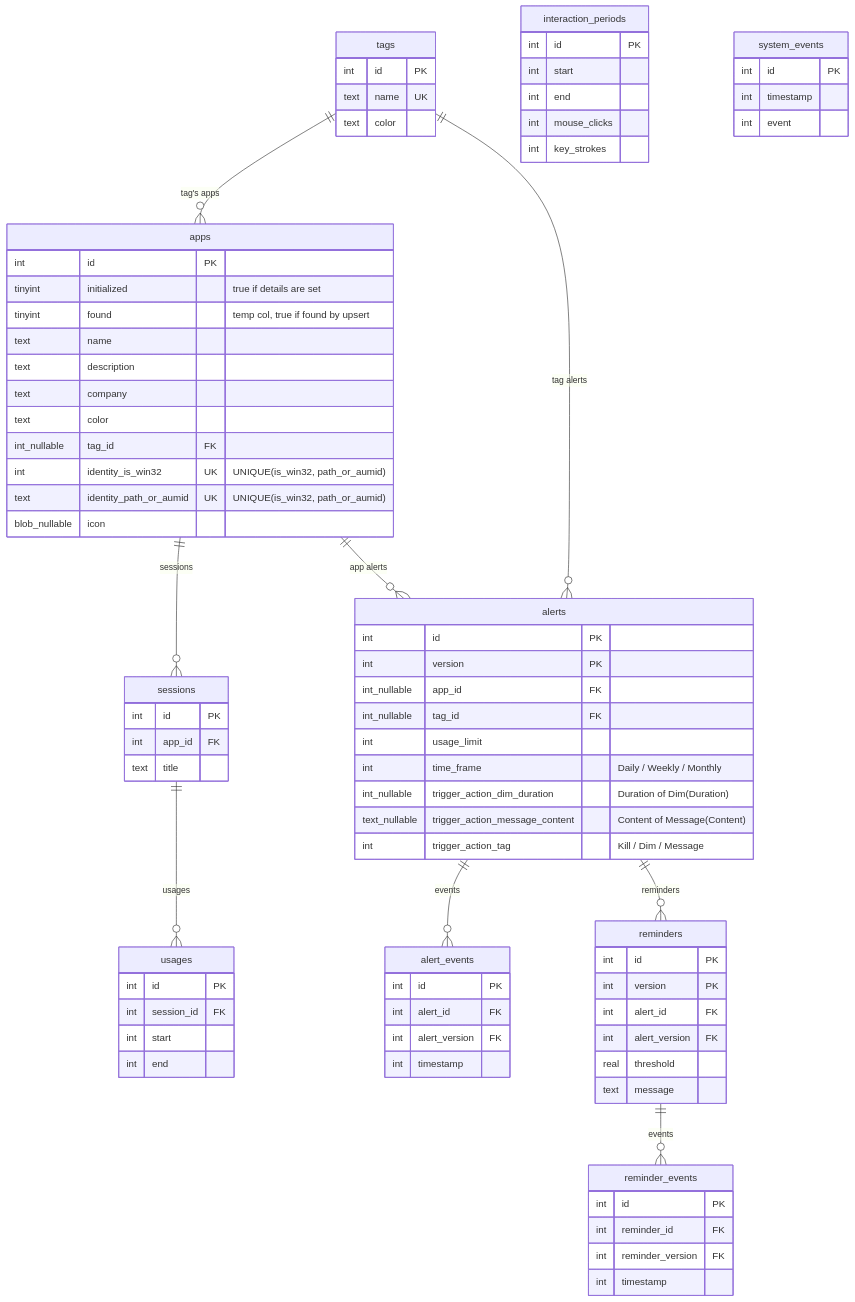
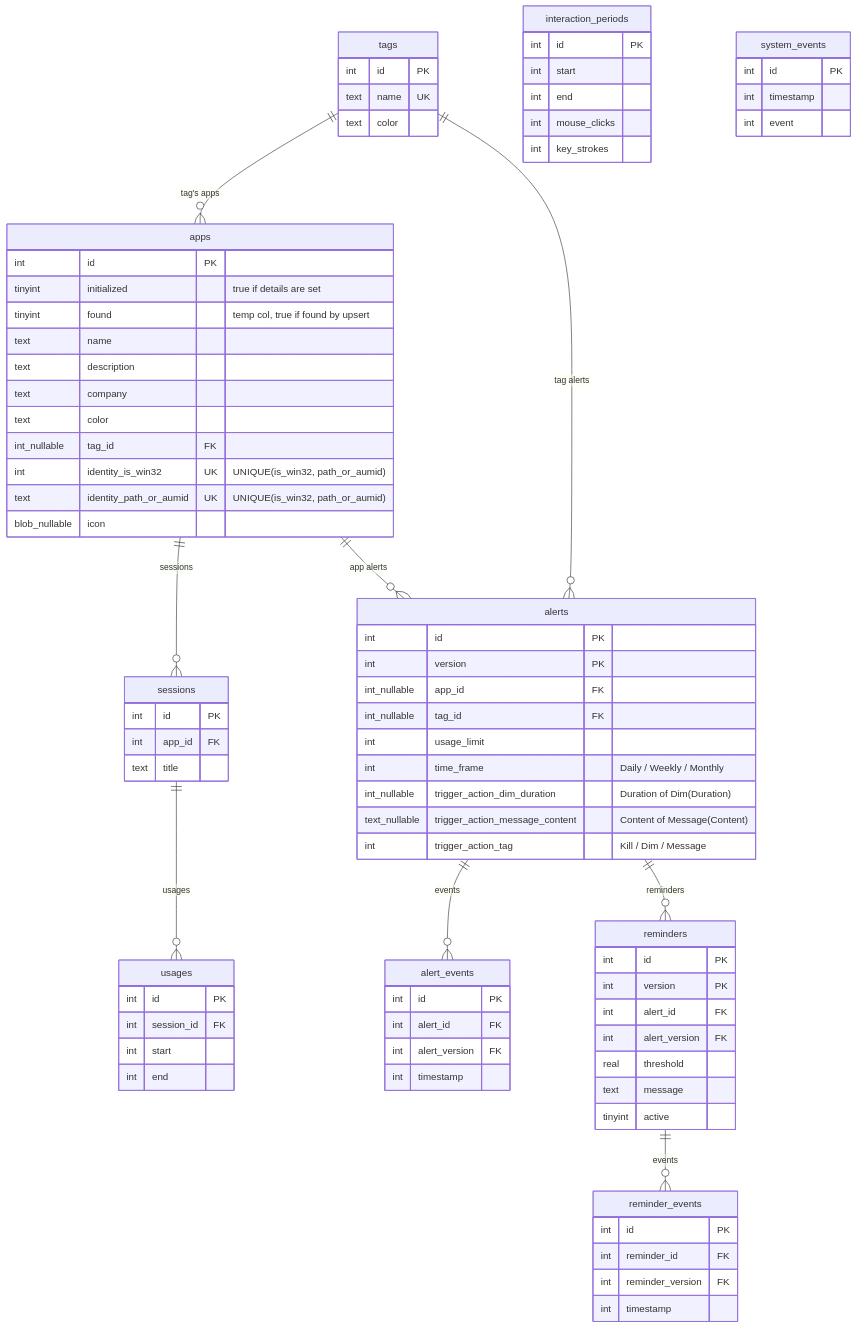
One commit to Enigmatrix/Cobalt changed the second of 2 diagrams in ARCHITECTURE.md. Above: the diagram before and after it, drawn with Mermaid. The commit also changed 6 other files, not shown here.

```diff
--- a/ARCHITECTURE.md
+++ b/ARCHITECTURE.md
@@ -110,6 +110,7 @@
         int             alert_version FK
         real            threshold
         text            message
+        tinyint         active
     }
 
     reminder_events {
```
